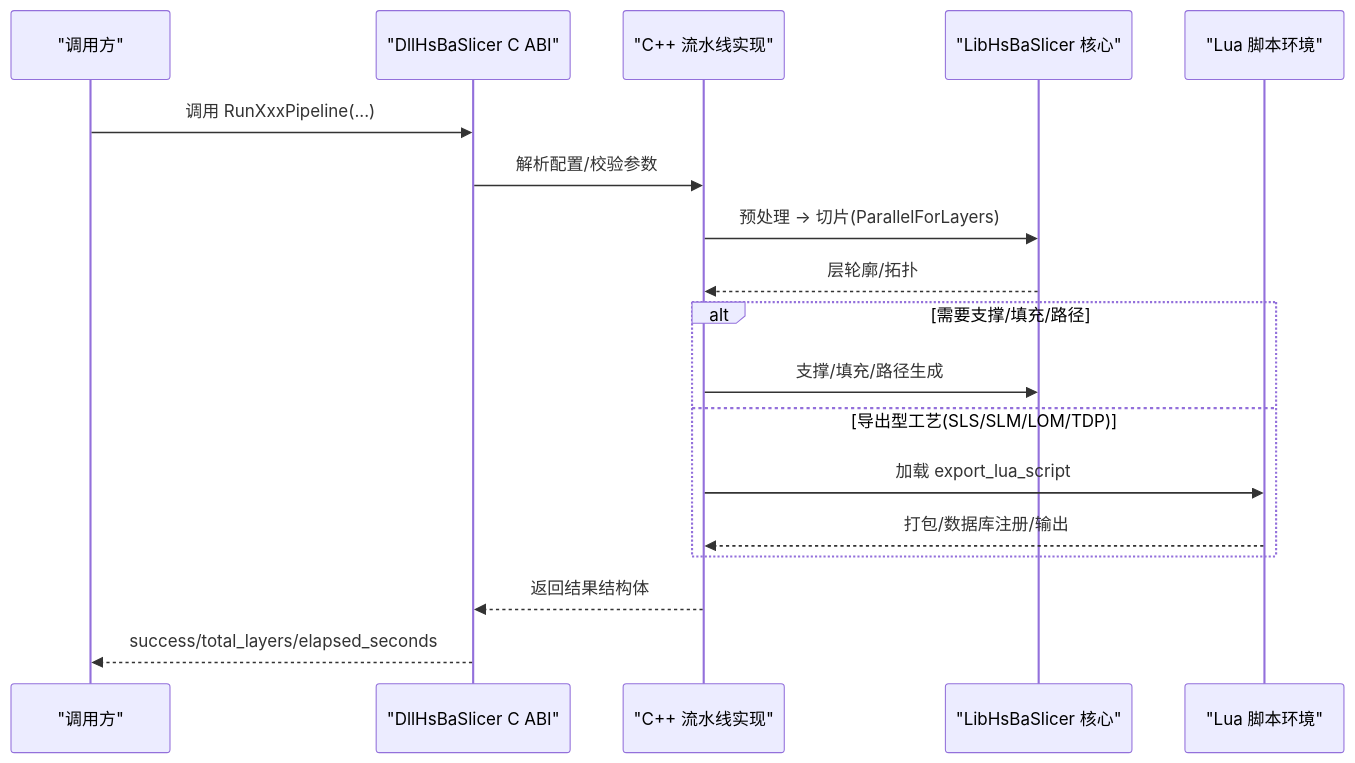
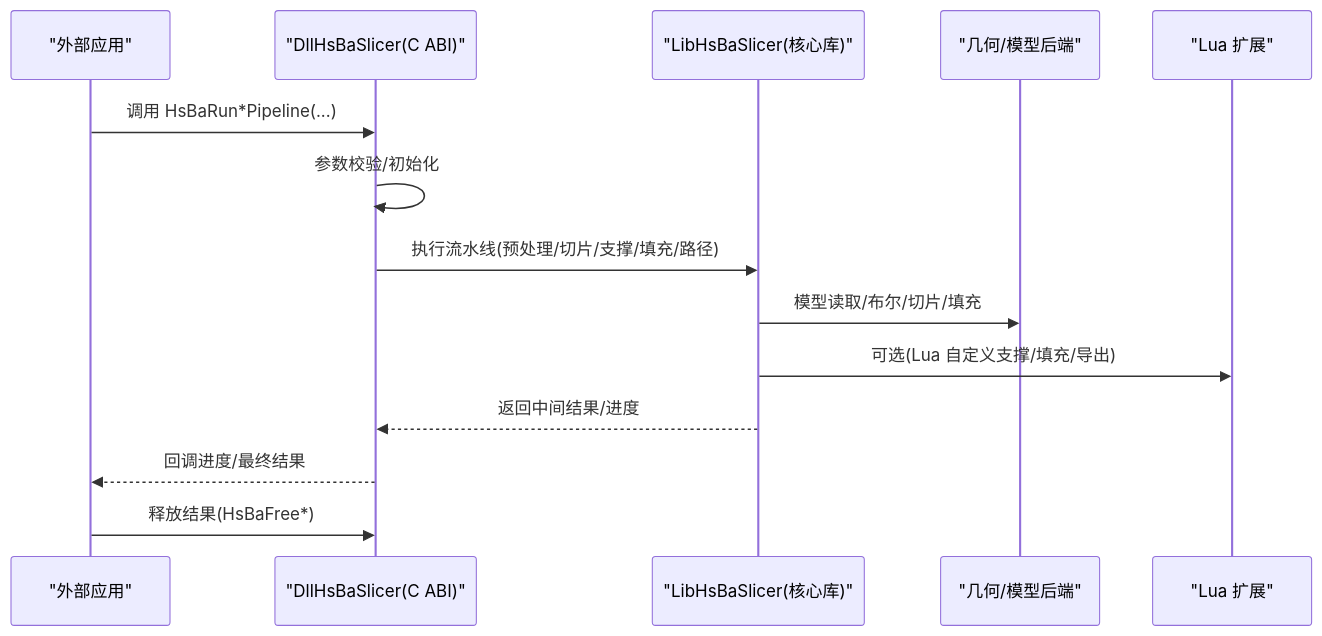
The second of 12 diagrams in .qoder/repowiki/zh/content/高级主题/高级主题.md (hsmbanlance/HsBaSlicer), drawn with Mermaid before and after one commit. The commit also changed other lines of this file and 1095 other files, not shown here.

````diff
--- a/.qoder/repowiki/zh/content/高级主题/高级主题.md
+++ b/.qoder/repowiki/zh/content/高级主题/高级主题.md
@@ -112,20 +98,16 @@
 ```mermaid
 sequenceDiagram
-participant App as "调用方"
-participant API as "DllHsBaSlicer C ABI"
-participant Impl as "C++ 流水线实现"
-participant Core as "LibHsBaSlicer 核心"
-participant Lua as "Lua 脚本环境"
-App->>API : 调用 RunXxxPipeline(...)
-API->>Impl : 解析配置/校验参数
-Impl->>Core : 预处理 -> 切片(ParallelForLayers)
-Core-->>Impl : 层轮廓/拓扑
-alt 需要支撑/填充/路径
-Impl->>Core : 支撑/填充/路径生成
-else 导出型工艺(SLS/SLM/LOM/TDP)
-Impl->>Lua : 加载 export_lua_script
-Lua-->>Impl : 打包/数据库注册/输出
-end
-Impl-->>API : 返回结果结构体
-API-->>App : success/total_layers/elapsed_seconds
+participant App as "外部应用"
+participant CABI as "DllHsBaSlicer(C ABI)"
+participant Core as "LibHsBaSlicer(核心库)"
+participant Geo as "几何/模型后端"
+participant Lua as "Lua 扩展"
+App->>CABI : 调用 HsBaRun*Pipeline(...)
+CABI->>CABI : 参数校验/初始化
+CABI->>Core : 执行流水线(预处理/切片/支撑/填充/路径)
+Core->>Geo : 模型读取/布尔/切片/填充
+Core->>Lua : 可选(Lua 自定义支撑/填充/导出)
+Core-->>CABI : 返回中间结果/进度
+CABI-->>App : 回调进度/最终结果
+App->>CABI : 释放结果(HsBaFree*)
 ```
````
